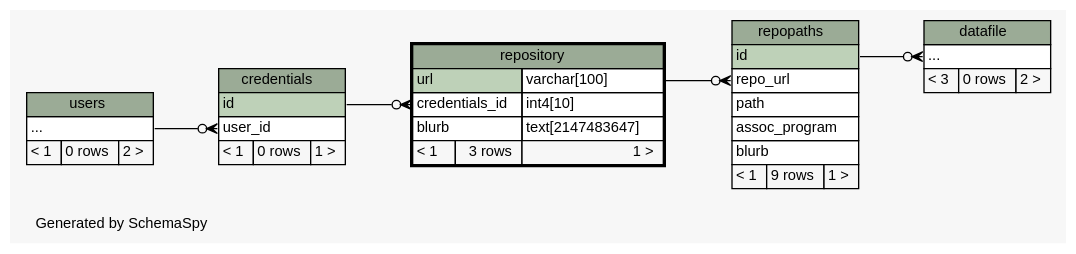
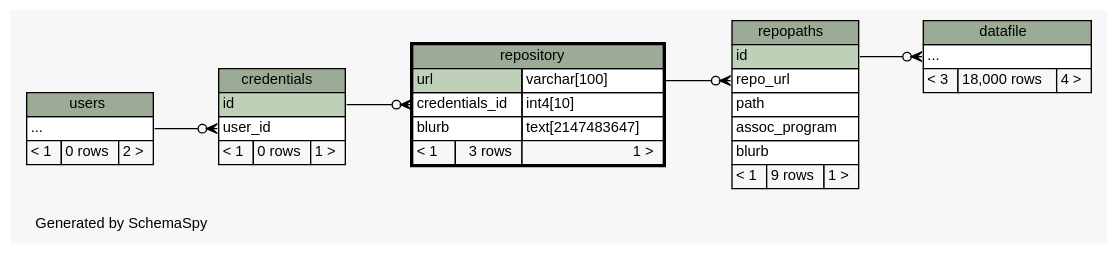
The diagram in database/ss/diagrams/repository.2degrees.dot (tgbugs/mlab), drawn with Graphviz before and after one commit. The commit also changed 185 other files, not shown here.

```diff
--- a/database/ss/diagrams/repository.2degrees.dot
+++ b/database/ss/diagrams/repository.2degrees.dot
@@ -1,83 +1,83 @@
 // dot 2.32.0 on Windows 7 6.1
 // SchemaSpy rev 590
 digraph "twoDegreesRelationshipsDiagram" {
   graph [
     rankdir="RL"
     bgcolor="#f7f7f7"
     label="\nGenerated by SchemaSpy"
     labeljust="l"
     nodesep="0.18"
     ranksep="0.46"
     fontname="Helvetica"
     fontsize="11"
   ];
   node [
     fontname="Helvetica"
     fontsize="11"
     shape="plaintext"
   ];
   edge [
     arrowsize="0.8"
   ];
   "credentials":"user_id":w -> "users":"elipses":e [arrowhead=none dir=back arrowtail=crowodot];
   "datafile":"elipses":w -> "repopaths":"id":e [arrowhead=none dir=back arrowtail=crowodot];
   "repopaths":"repo_url":w -> "repository":"url.type":e [arrowhead=none dir=back arrowtail=crowodot];
   "repository":"credentials_id":w -> "credentials":"id":e [arrowhead=none dir=back arrowtail=crowodot];
   "credentials" [
     label=<
     <TABLE BORDER="0" CELLBORDER="1" CELLSPACING="0" BGCOLOR="#ffffff">
       <TR><TD COLSPAN="3" BGCOLOR="#9bab96" ALIGN="CENTER">credentials</TD></TR>
       <TR><TD PORT="id" COLSPAN="3" BGCOLOR="#bed1b8" ALIGN="LEFT">id</TD></TR>
       <TR><TD PORT="user_id" COLSPAN="3" ALIGN="LEFT">user_id</TD></TR>
       <TR><TD ALIGN="LEFT" BGCOLOR="#f7f7f7">&lt; 1</TD><TD ALIGN="RIGHT" BGCOLOR="#f7f7f7">0 rows</TD><TD ALIGN="RIGHT" BGCOLOR="#f7f7f7">1 &gt;</TD></TR>
     </TABLE>>
     URL="credentials.html"
     tooltip="credentials"
   ];
   "datafile" [
     label=<
     <TABLE BORDER="0" CELLBORDER="1" CELLSPACING="0" BGCOLOR="#ffffff">
       <TR><TD COLSPAN="3" BGCOLOR="#9bab96" ALIGN="CENTER">datafile</TD></TR>
       <TR><TD PORT="elipses" COLSPAN="3" ALIGN="LEFT">...</TD></TR>
-      <TR><TD ALIGN="LEFT" BGCOLOR="#f7f7f7">&lt; 3</TD><TD ALIGN="RIGHT" BGCOLOR="#f7f7f7">0 rows</TD><TD ALIGN="RIGHT" BGCOLOR="#f7f7f7">2 &gt;</TD></TR>
+      <TR><TD ALIGN="LEFT" BGCOLOR="#f7f7f7">&lt; 3</TD><TD ALIGN="RIGHT" BGCOLOR="#f7f7f7">18,000 rows</TD><TD ALIGN="RIGHT" BGCOLOR="#f7f7f7">4 &gt;</TD></TR>
     </TABLE>>
     URL="datafile.html"
     tooltip="datafile"
   ];
   "repopaths" [
     label=<
     <TABLE BORDER="0" CELLBORDER="1" CELLSPACING="0" BGCOLOR="#ffffff">
       <TR><TD COLSPAN="3" BGCOLOR="#9bab96" ALIGN="CENTER">repopaths</TD></TR>
       <TR><TD PORT="id" COLSPAN="3" BGCOLOR="#bed1b8" ALIGN="LEFT">id</TD></TR>
       <TR><TD PORT="repo_url" COLSPAN="3" ALIGN="LEFT">repo_url</TD></TR>
       <TR><TD PORT="path" COLSPAN="3" ALIGN="LEFT">path</TD></TR>
       <TR><TD PORT="assoc_program" COLSPAN="3" ALIGN="LEFT">assoc_program</TD></TR>
       <TR><TD PORT="blurb" COLSPAN="3" ALIGN="LEFT">blurb</TD></TR>
       <TR><TD ALIGN="LEFT" BGCOLOR="#f7f7f7">&lt; 1</TD><TD ALIGN="RIGHT" BGCOLOR="#f7f7f7">9 rows</TD><TD ALIGN="RIGHT" BGCOLOR="#f7f7f7">1 &gt;</TD></TR>
     </TABLE>>
     URL="repopaths.html"
     tooltip="repopaths"
   ];
   "repository" [
     label=<
     <TABLE BORDER="2" CELLBORDER="1" CELLSPACING="0" BGCOLOR="#ffffff">
       <TR><TD COLSPAN="3" BGCOLOR="#9bab96" ALIGN="CENTER">repository</TD></TR>
       <TR><TD PORT="url" COLSPAN="2" BGCOLOR="#bed1b8" ALIGN="LEFT">url</TD><TD PORT="url.type" ALIGN="LEFT">varchar[100]</TD></TR>
       <TR><TD PORT="credentials_id" COLSPAN="2" ALIGN="LEFT">credentials_id</TD><TD PORT="credentials_id.type" ALIGN="LEFT">int4[10]</TD></TR>
       <TR><TD PORT="blurb" COLSPAN="2" ALIGN="LEFT">blurb</TD><TD PORT="blurb.type" ALIGN="LEFT">text[2147483647]</TD></TR>
       <TR><TD ALIGN="LEFT" BGCOLOR="#f7f7f7">&lt; 1</TD><TD ALIGN="RIGHT" BGCOLOR="#f7f7f7">3 rows</TD><TD ALIGN="RIGHT" BGCOLOR="#f7f7f7">1 &gt;</TD></TR>
     </TABLE>>
     URL="repository.html"
     tooltip="repository"
   ];
   "users" [
     label=<
     <TABLE BORDER="0" CELLBORDER="1" CELLSPACING="0" BGCOLOR="#ffffff">
       <TR><TD COLSPAN="3" BGCOLOR="#9bab96" ALIGN="CENTER">users</TD></TR>
       <TR><TD PORT="elipses" COLSPAN="3" ALIGN="LEFT">...</TD></TR>
       <TR><TD ALIGN="LEFT" BGCOLOR="#f7f7f7">&lt; 1</TD><TD ALIGN="RIGHT" BGCOLOR="#f7f7f7">0 rows</TD><TD ALIGN="RIGHT" BGCOLOR="#f7f7f7">2 &gt;</TD></TR>
     </TABLE>>
     URL="users.html"
     tooltip="users"
   ];
 }
```
